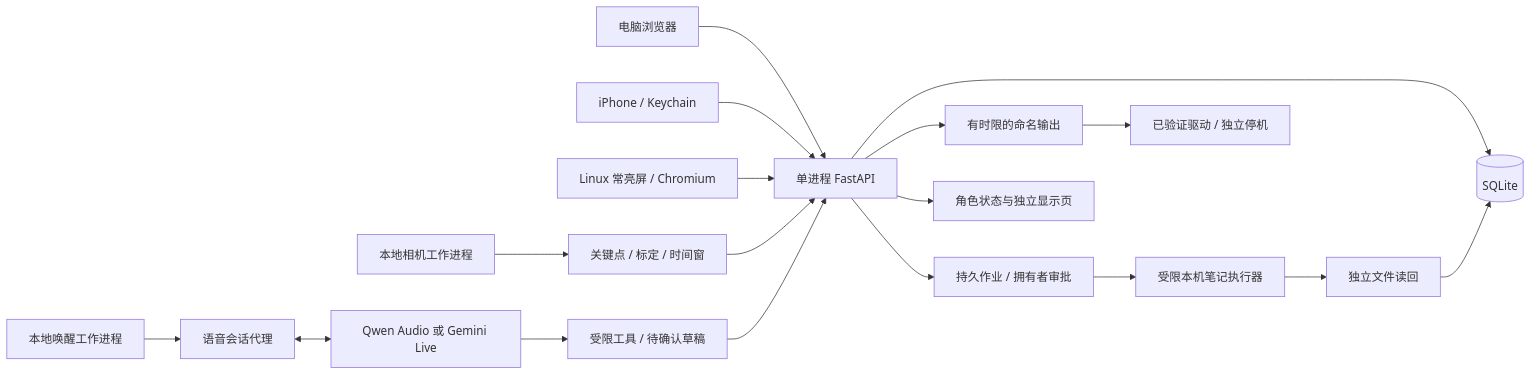
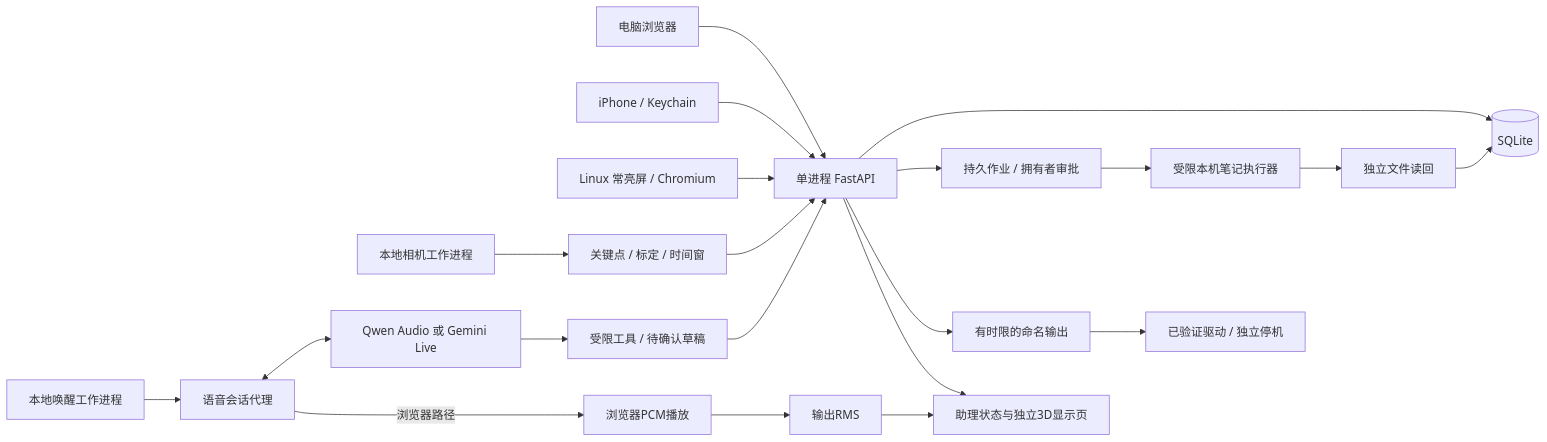
One commit to tantalum666/FYP changed the diagram in desk-companion/docs/architecture.md. Above: the diagram before and after it, drawn with Mermaid. The commit also changed other lines of this file and 48 other files, not shown here.

````diff
--- a/desk-companion/docs/architecture.md
+++ b/desk-companion/docs/architecture.md
@@ -7,20 +7,23 @@
 ```mermaid
 flowchart LR
   Web[电脑浏览器] --> API[单进程 FastAPI]
   Phone[iPhone / Keychain] --> API
   Screen[Linux 常亮屏 / Chromium] --> API
   API --> DB[(SQLite)]
   Camera[本地相机工作进程] --> Pose[关键点 / 标定 / 时间窗]
   Pose --> API
   Wake[本地唤醒工作进程] --> Voice[语音会话代理]
   Voice <--> Provider[Qwen Audio 或 Gemini Live]
   Provider --> Tools[受限工具 / 待确认草稿]
   Tools --> API
   API --> Jobs[持久作业 / 拥有者审批]
   Jobs --> Executor[受限本机笔记执行器]
   Executor --> Verify[独立文件读回]
   Verify --> DB
   API --> Queue[有时限的命名输出]
   Queue --> Driver[已验证驱动 / 独立停机]
-  API --> Avatar[角色状态与独立显示页]
+  API --> Avatar[助理状态与独立3D显示页]
+  Voice -->|浏览器路径| BrowserAudio[浏览器PCM播放]
+  BrowserAudio --> Meter[输出RMS]
+  Meter --> Avatar
 ```
````
